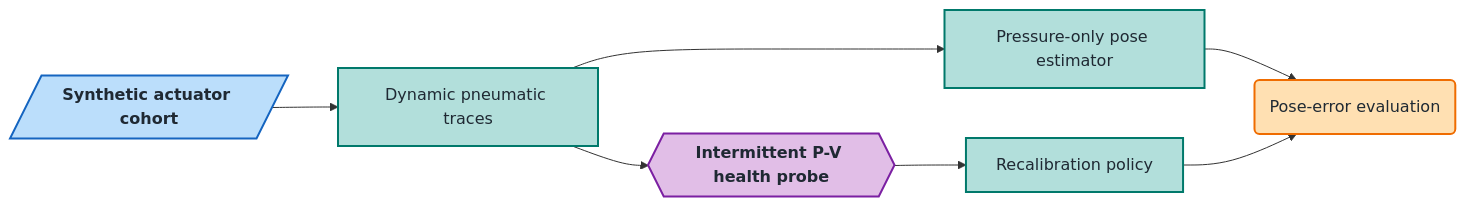
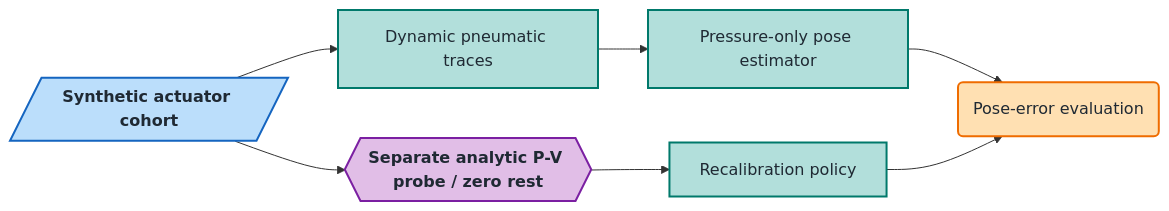
One commit to 500ft/P-V-Fatigue-Manifold-Proprioception changed the diagram in README.md. Above: the diagram before and after it, drawn with Mermaid. The commit also changed other lines of this file and 10 other files, not shown here.

````diff
--- a/README.md
+++ b/README.md
@@ -33,14 +39,14 @@
 ```mermaid
 flowchart LR
     classDef input    fill:#bbdefb,stroke:#1565c0,stroke-width:2px,color:#1f2933,font-weight:bold;
     classDef process  fill:#b2dfdb,stroke:#00796b,stroke-width:2px,color:#1f2933;
     classDef core     fill:#e1bee7,stroke:#7b1fa2,stroke-width:2px,color:#1f2933,font-weight:bold;
     classDef result   fill:#ffe0b2,stroke:#ef6c00,stroke-width:2px,color:#1f2933;
 
     A[/Synthetic actuator cohort/]:::input --> B[Dynamic pneumatic traces]:::process
     B --> C[Pressure-only pose estimator]:::process
-    B --> D{{Intermittent P-V health probe}}:::core
+    A --> D{{Separate analytic P-V probe / zero rest}}:::core
     D --> E[Recalibration policy]:::process
     C --> F(Pose-error evaluation):::result
     E --> F
 ```
````
